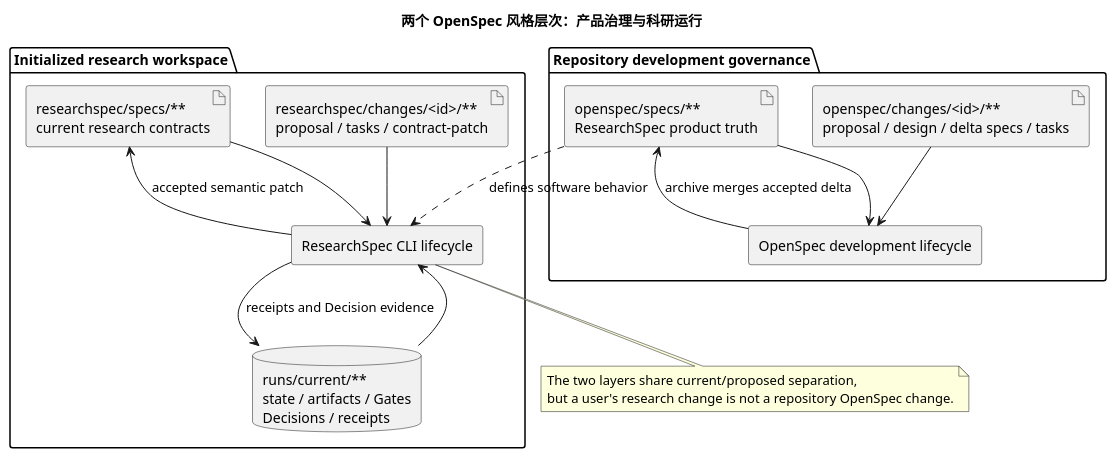
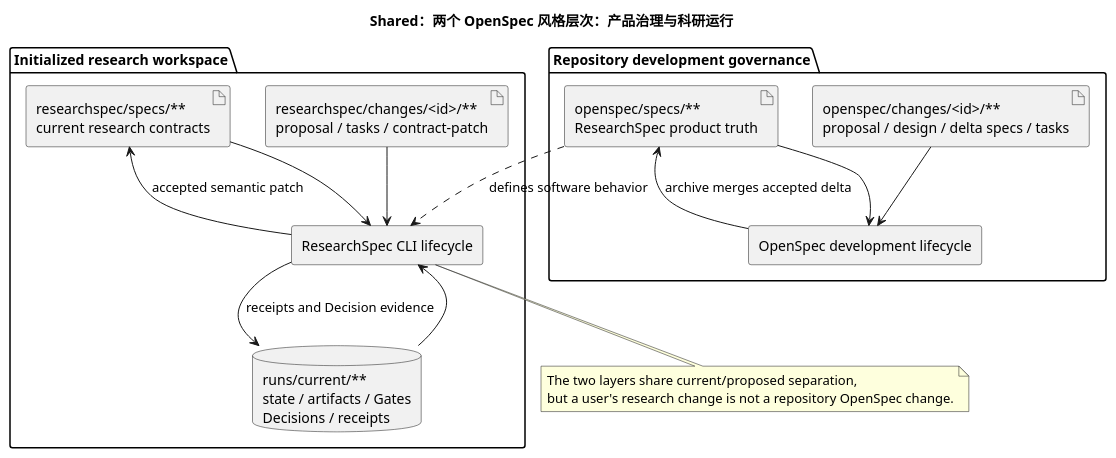
Before and after one commit to leike0813/ResearchSpec: the diagram in docs/researchspec_arsu_runtime/diagrams/src/two-level-openspec-model.puml, drawn with PlantUML. The commit also changed 114 other files, not shown here.

```diff
--- a/docs/researchspec_arsu_runtime/diagrams/src/two-level-openspec-model.puml
+++ b/docs/researchspec_arsu_runtime/diagrams/src/two-level-openspec-model.puml
@@ -1,32 +1,32 @@
 @startuml
-title 两个 OpenSpec 风格层次：产品治理与科研运行
+title Shared：两个 OpenSpec 风格层次：产品治理与科研运行
 skinparam componentStyle rectangle
 skinparam shadowing false
 
 package "Repository development governance" {
   artifact "openspec/specs/**\nResearchSpec product truth" as ProductSpecs
   artifact "openspec/changes/<id>/**\nproposal / design / delta specs / tasks" as ProductChange
   component "OpenSpec development lifecycle" as ProductLifecycle
   ProductSpecs --> ProductLifecycle
   ProductChange --> ProductLifecycle
   ProductLifecycle --> ProductSpecs : archive merges accepted delta
 }
 
 package "Initialized research workspace" {
   artifact "researchspec/specs/**\ncurrent research contracts" as ResearchSpecs
   artifact "researchspec/changes/<id>/**\nproposal / tasks / contract-patch" as ResearchChange
   database "runs/current/**\nstate / artifacts / Gates\nDecisions / receipts" as Run
   component "ResearchSpec CLI lifecycle" as ResearchLifecycle
   ResearchSpecs --> ResearchLifecycle
   ResearchChange --> ResearchLifecycle
   Run --> ResearchLifecycle
   ResearchLifecycle --> ResearchSpecs : accepted semantic patch
   ResearchLifecycle --> Run : receipts and Decision evidence
 }
 
 ProductSpecs ..> ResearchLifecycle : defines software behavior
 note bottom
   The two layers share current/proposed separation,
   but a user's research change is not a repository OpenSpec change.
 end note
 @enduml
```
